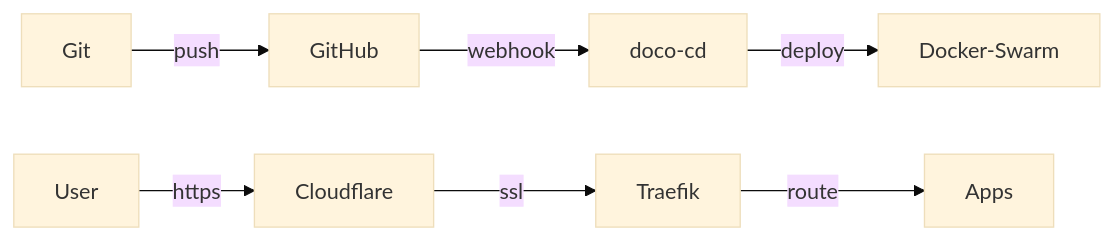
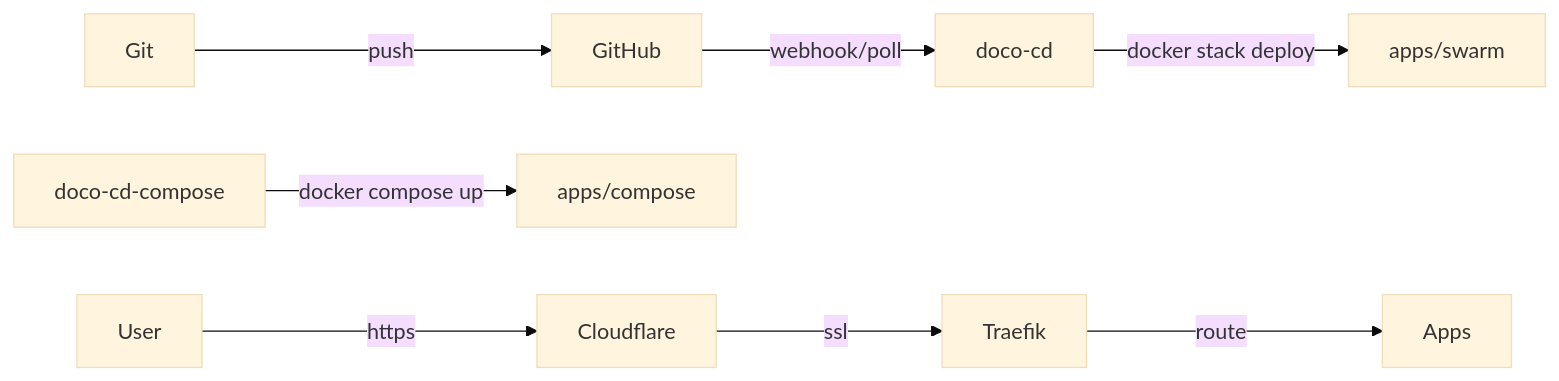
One commit to wajeht/home-ops changed the diagram in README.md. Above: the diagram before and after it, drawn with Mermaid (base theme). The commit also changed other lines of this file, not shown here.

````diff
--- a/README.md
+++ b/README.md
@@ -14,5 +14,7 @@
 ```mermaid
 flowchart LR
-    Git -->|push| GitHub -->|webhook| doco-cd -->|deploy| Docker-Swarm
+    Git -->|push| GitHub -->|webhook/poll| doco-cd
+    doco-cd -->|docker stack deploy| Swarm[apps/swarm]
+    doco-cd-compose -->|docker compose up| Compose[apps/compose]
     User -->|https| Cloudflare -->|ssl| Traefik -->|route| Apps
 ```
````
